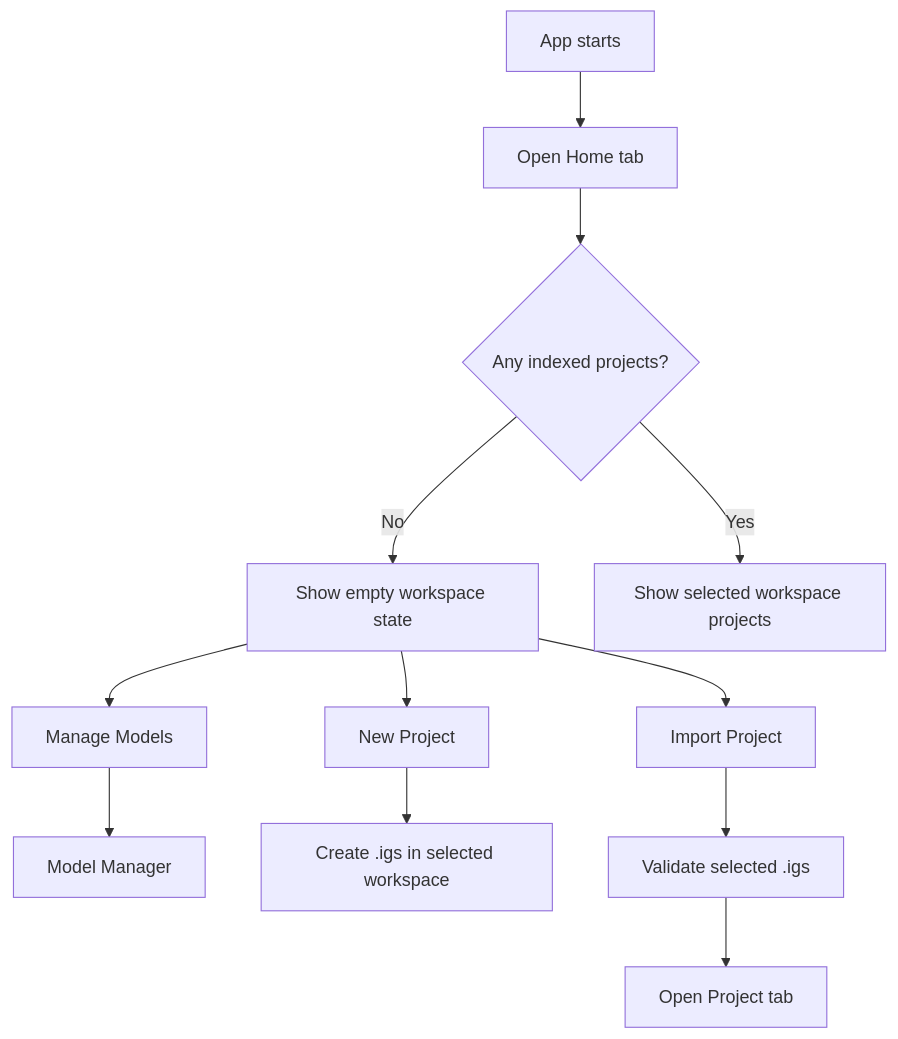
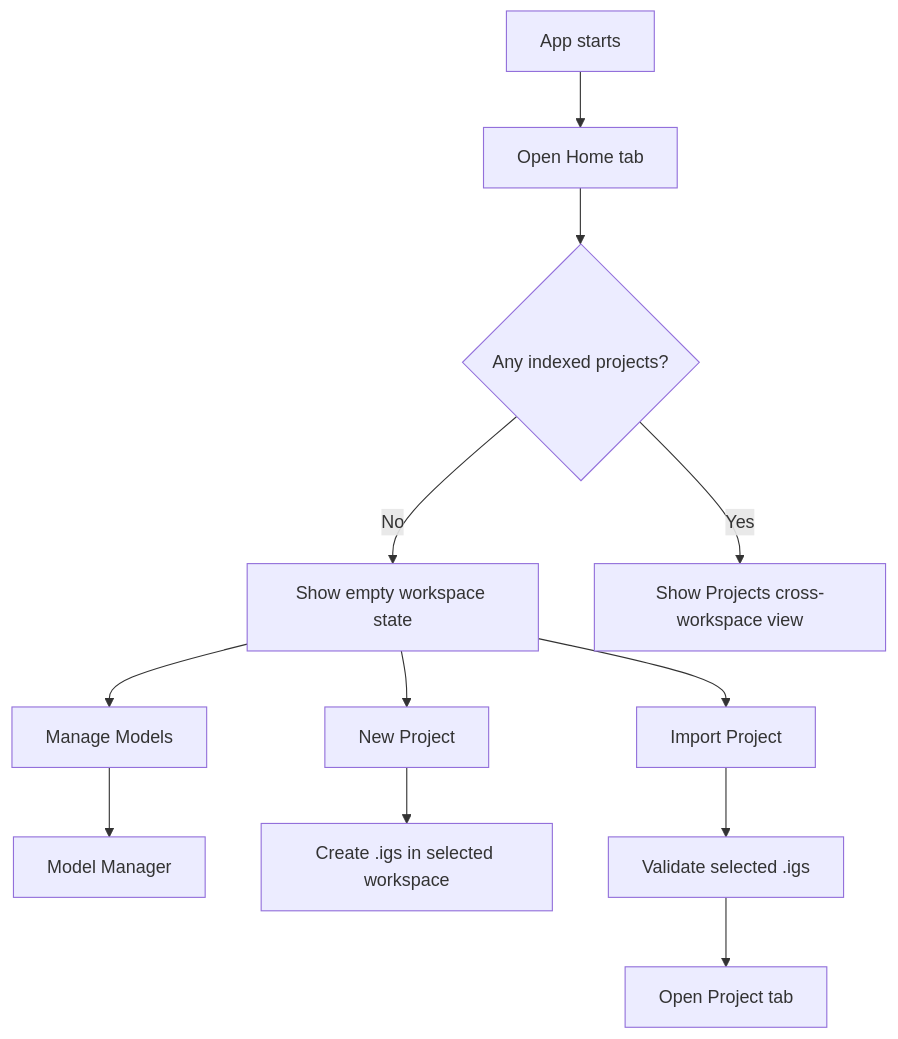
One commit to BMFreed/imagegen-studio changed the second of 6 diagrams in docs/features/home-screen.md. Above: the diagram before and after it, drawn with Mermaid. The commit also changed other lines of this file and 13 other files, not shown here.

````diff
--- a/docs/features/home-screen.md
+++ b/docs/features/home-screen.md
@@ -281,14 +296,14 @@
 ```mermaid
 flowchart TD
   A["App starts"] --> B["Open Home tab"]
   B --> C{"Any indexed projects?"}
   C -- "No" --> D["Show empty workspace state"]
-  C -- "Yes" --> E["Show selected workspace projects"]
+  C -- "Yes" --> E["Show Projects cross-workspace view"]
   D --> F["New Project"]
   D --> G["Import Project"]
   D --> H["Manage Models"]
   H --> I["Model Manager"]
   F --> J["Create .igs in selected workspace"]
   G --> K["Validate selected .igs"]
   K --> L["Open Project tab"]
 ```
````
